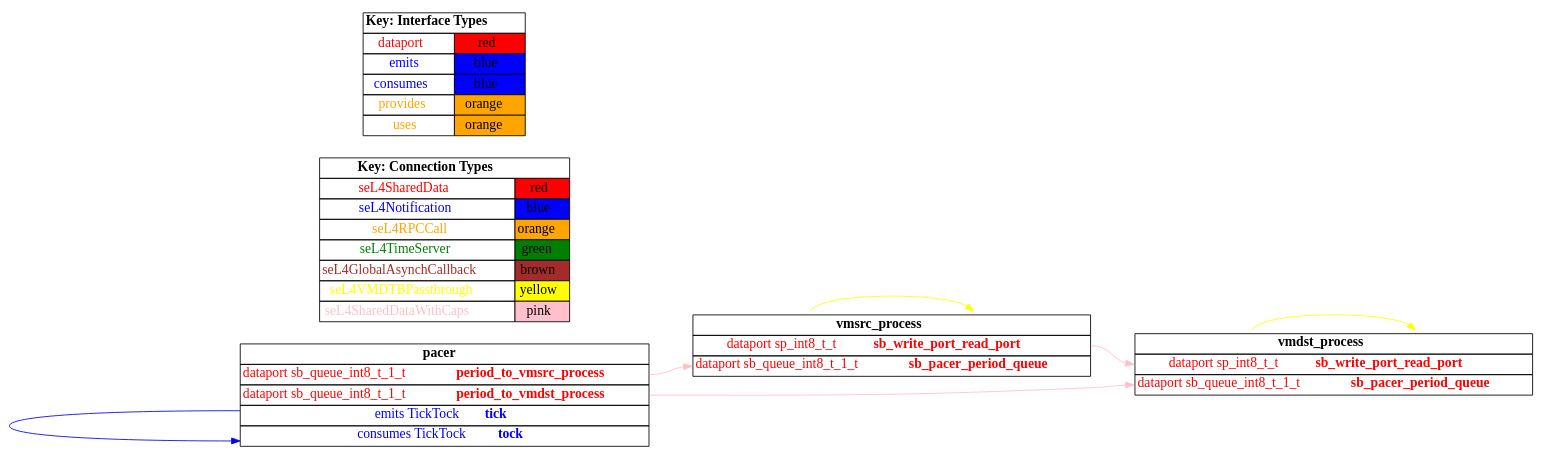
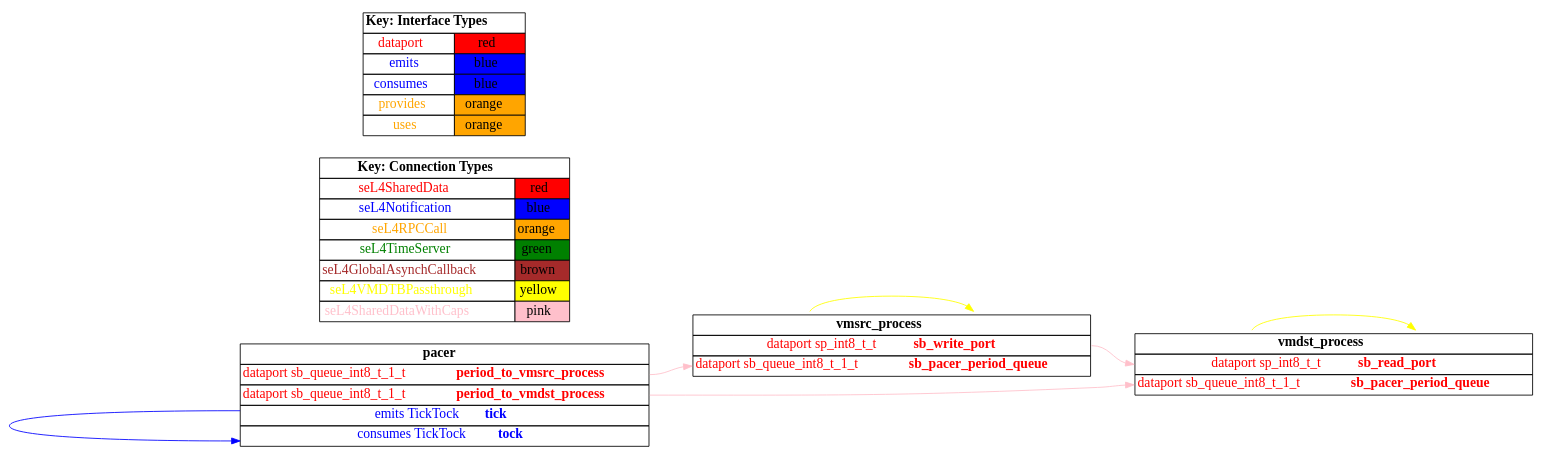
Before and after one commit to loonwerks/CASE: the diagram in TA5/tool-evaluation-4/HAMR/examples/test_data_port_periodic_domains_VM/both_vm/CAmkES_seL4_Only/graph.dot, drawn with Graphviz. The commit also changed 101 other files, not shown here.

```diff
--- a/TA5/tool-evaluation-4/HAMR/examples/test_data_port_periodic_domains_VM/both_vm/CAmkES_seL4_Only/graph.dot
+++ b/TA5/tool-evaluation-4/HAMR/examples/test_data_port_periodic_domains_VM/both_vm/CAmkES_seL4_Only/graph.dot
@@ -1,114 +1,114 @@
 digraph g {
 graph [
   overlap = false,
   rankdir = "LR"
 ];
 node [
   fontsize = "16",
   shape = "ellipse"
 ];
 edge [
 ];
 
 vmsrc_process [
   label=<
     <TABLE BORDER="0" CELLBORDER="1" CELLSPACING="0">
       <TR><TD><B>vmsrc_process</B></TD></TR>
-      <TR><TD PORT="sb_write_port_read_port"><FONT COLOR="red">dataport sp_int8_t_t <B>sb_write_port_read_port</B></FONT></TD></TR>
+      <TR><TD PORT="sb_write_port"><FONT COLOR="red">dataport sp_int8_t_t <B>sb_write_port</B></FONT></TD></TR>
       <TR><TD PORT="sb_pacer_period_queue"><FONT COLOR="red">dataport sb_queue_int8_t_1_t <B>sb_pacer_period_queue</B></FONT></TD></TR>"
     </TABLE>
   >
   shape=plaintext
 ];
 
 vmdst_process [
   label=<
     <TABLE BORDER="0" CELLBORDER="1" CELLSPACING="0">
       <TR><TD><B>vmdst_process</B></TD></TR>
-      <TR><TD PORT="sb_write_port_read_port"><FONT COLOR="red">dataport sp_int8_t_t <B>sb_write_port_read_port</B></FONT></TD></TR>
+      <TR><TD PORT="sb_read_port"><FONT COLOR="red">dataport sp_int8_t_t <B>sb_read_port</B></FONT></TD></TR>
       <TR><TD PORT="sb_pacer_period_queue"><FONT COLOR="red">dataport sb_queue_int8_t_1_t <B>sb_pacer_period_queue</B></FONT></TD></TR>"
     </TABLE>
   >
   shape=plaintext
 ];
 
 pacer [
   label=<
     <TABLE BORDER="0" CELLBORDER="1" CELLSPACING="0">
       <TR><TD><B>pacer</B></TD></TR>
       <TR><TD PORT="period_to_vmsrc_process"><FONT COLOR="red">dataport sb_queue_int8_t_1_t <B>period_to_vmsrc_process</B></FONT></TD></TR>
       <TR><TD PORT="period_to_vmdst_process"><FONT COLOR="red">dataport sb_queue_int8_t_1_t <B>period_to_vmdst_process</B></FONT></TD></TR>
       <TR><TD PORT="tick"><FONT COLOR="blue">emits TickTock <B>tick</B></FONT></TD></TR>
       <TR><TD PORT="tock"><FONT COLOR="blue">consumes TickTock <B>tock</B></FONT></TD></TR>"
     </TABLE>
   >
   shape=plaintext
 ];
 
 connectiontypekey [
   label=<
    <TABLE BORDER="0" CELLBORDER="1" CELLSPACING="0">
      <TR><TD COLSPAN="2"><B>Key: Connection Types</B></TD></TR>
      <TR><TD><FONT COLOR="red">seL4SharedData</FONT></TD><TD BGCOLOR="red">red</TD></TR>
      <TR><TD><FONT COLOR="blue">seL4Notification</FONT></TD><TD BGCOLOR="blue">blue</TD></TR>
      <TR><TD><FONT COLOR="orange">seL4RPCCall</FONT></TD><TD BGCOLOR="orange">orange</TD></TR>
      <TR><TD><FONT COLOR="green">seL4TimeServer</FONT></TD><TD BGCOLOR="green">green</TD></TR>
      <TR><TD><FONT COLOR="brown">seL4GlobalAsynchCallback</FONT></TD><TD BGCOLOR="brown">brown</TD></TR>
      <TR><TD><FONT COLOR="yellow">seL4VMDTBPassthrough</FONT></TD><TD BGCOLOR="yellow">yellow</TD></TR>
      <TR><TD><FONT COLOR="pink">seL4SharedDataWithCaps</FONT></TD><TD BGCOLOR="pink">pink</TD></TR>
    </TABLE>
   >
   shape=plaintext
 ];
 
 interfacetypekey [
   label=<
    <TABLE BORDER="0" CELLBORDER="1" CELLSPACING="0">
      <TR><TD COLSPAN="2"><B>Key: Interface Types</B></TD></TR>
      <TR><TD><FONT COLOR="red">dataport</FONT></TD><TD BGCOLOR="red">red</TD></TR>
      <TR><TD><FONT COLOR="blue">emits</FONT></TD><TD BGCOLOR="blue">blue</TD></TR>
      <TR><TD><FONT COLOR="blue">consumes</FONT></TD><TD BGCOLOR="blue">blue</TD></TR>
      <TR><TD><FONT COLOR="orange">provides</FONT></TD><TD BGCOLOR="orange">orange</TD></TR>
      <TR><TD><FONT COLOR="orange">uses</FONT></TD><TD BGCOLOR="orange">orange</TD></TR>
    </TABLE>
   >
   shape=plaintext
 ];
 
 "vmsrc_process":dtb_self -> "vmsrc_process":dtb [
   color="yellow"
   //label = "seL4VMDTBPassthrough"
   id = conn1
 ];
 
 "vmdst_process":dtb_self -> "vmdst_process":dtb [
   color="yellow"
   //label = "seL4VMDTBPassthrough"
   id = conn2
 ];
 
-"vmsrc_process":sb_write_port_read_port -> "vmdst_process":sb_write_port_read_port [
+"vmsrc_process":sb_write_port -> "vmdst_process":sb_read_port [
   color="pink"
   //label = "seL4SharedDataWithCaps"
   id = conn3
 ];
 
 "pacer":tick -> "pacer":tock [
   color="blue"
   //label = "seL4Notification"
   id = conn4
 ];
 
 "pacer":period_to_vmsrc_process -> "vmsrc_process":sb_pacer_period_queue [
   color="pink"
   //label = "seL4SharedDataWithCaps"
   id = conn5
 ];
 
 "pacer":period_to_vmdst_process -> "vmdst_process":sb_pacer_period_queue [
   color="pink"
   //label = "seL4SharedDataWithCaps"
   id = conn6
 ];
 
 }
```
